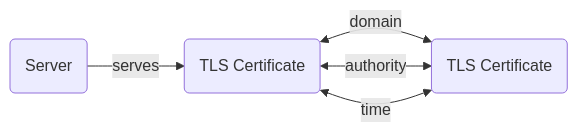
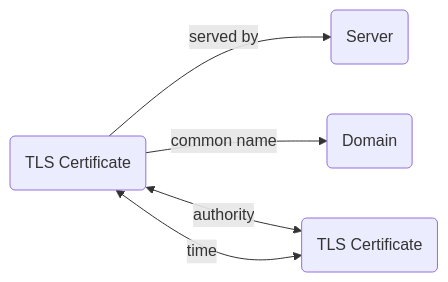
The diagram in docs/artifacts/tls-certificate.md (korniko98/pivot-atlas), drawn with Mermaid before and after one commit. The commit also changed other lines of this file and 7 other files, not shown here.

````diff
--- a/docs/artifacts/tls-certificate.md
+++ b/docs/artifacts/tls-certificate.md
@@ -25,11 +26,10 @@
 	```mermaid
 	flowchart LR
-		A("Server") -- serves --> B("TLS Certificate")
-		B <-- domain--> E("TLS Certificate")
-		B <-- authority--> E("TLS Certificate")
-		B <-- time--> E("TLS Certificate")
-		click A "#servers"
-		click C "#samples"
-		click D "#servers"
-		click E "#tls-certificates"
+		TLS_CERT("TLS Certificate") -- served by --> SERVER("Server")
+		TLS_CERT -- common name --> DOMAIN("Domain")
+		TLS_CERT <-- authority--> TLS_CERT_("TLS Certificate")
+		TLS_CERT <-- time--> TLS_CERT_("TLS Certificate")
+		click SERVER "#servers"
+		click DOMAIN "#domains"
+		click TLS_CERT_ "#tls-certificates"
 	```
````
